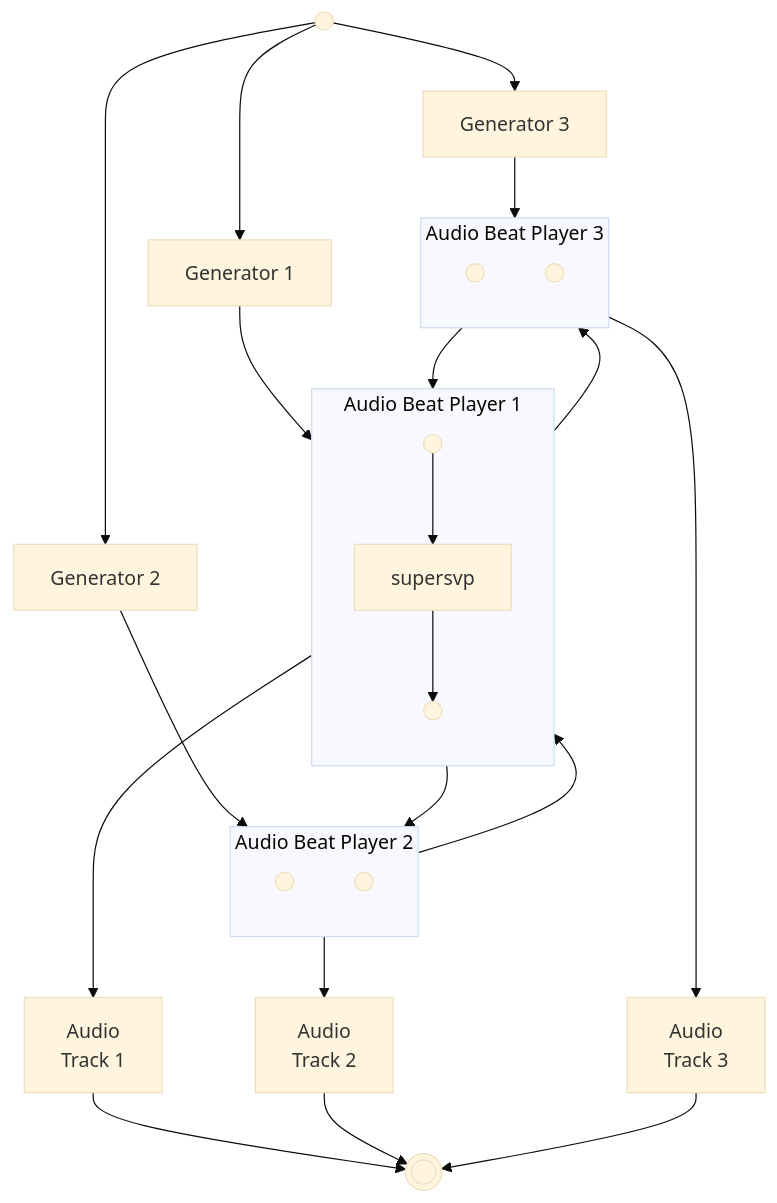
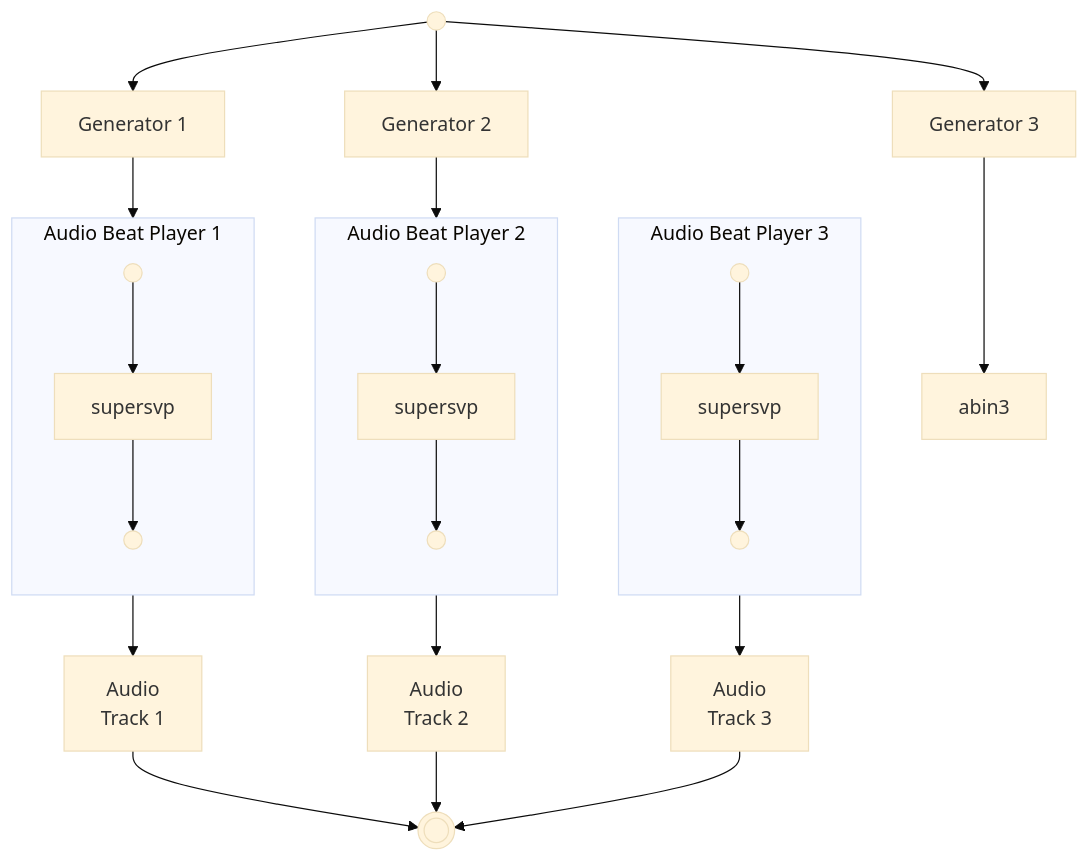
One commit to repmus-docs/DjazzDocs changed the third of 3 diagrams in content/3_API/6_architecture/3_synchronous_data_model/_index.md. Above: the diagram before and after it, drawn with Mermaid (base theme). The commit also changed other lines of this file, not shown here.

Commit message:
corrected things on synchronous data model page

```diff
--- a/content/3_API/6_architecture/3_synchronous_data_model/_index.md
+++ b/content/3_API/6_architecture/3_synchronous_data_model/_index.md
@@ -78,43 +78,45 @@
 {{<mermaid align="left">}}
 flowchart TB;
 gIn(( ))
 g1[Generator 1]
 g2[Generator 2]
 g3[Generator 3]
 
 subgraph abPlayer1[Audio Beat Player 1];
 direction TB
 	ab1in(( ))
 	ab1out(( ))
-	svp[supersvp]
-	ab1in --> svp --> ab1out
+	svp1[supersvp]
+	ab1in --> svp1 --> ab1out
 end
 
 subgraph abPlayer2[Audio Beat Player 2];
 direction TB
 	ab2in(( ))
 	ab2out(( ))
-	svp[supersvp]
-	ab2in --> svp --> ab2out
+	svp2[supersvp]
+	ab2in --> svp2 --> ab2out
 end
 
 subgraph abPlayer3[Audio Beat Player 3];
 direction TB
 	ab3in(( ))
 	ab3out(( ))
-	svp[supersvp]
-	ab3in --> svp --> ab3out
+	svp3[supersvp]
+	ab3in --> svp3 --> ab3out
 end
-
 
 t1[Audio\nTrack 1]
 t2[Audio\nTrack 2]
 t3[Audio\nTrack 3]
 
 gOut((( )))
 
-gIn --> g1 --> abPlayer1 --> t1 --> gOut
-gIn --> g2 --> abPlayer2 --> t2 --> gOut
-gIn --> g3 --> abPlayer3 --> t3 --> gOut
+gIn --> g1 --> ab1in 
+ab1out --> t1 --> gOut
+gIn --> g2 --> ab2in
+ab2out --> t2 --> gOut
+gIn --> g3 --> abin3 
+ab3out --> t3 --> gOut
 
 {{< /mermaid >}}
```
